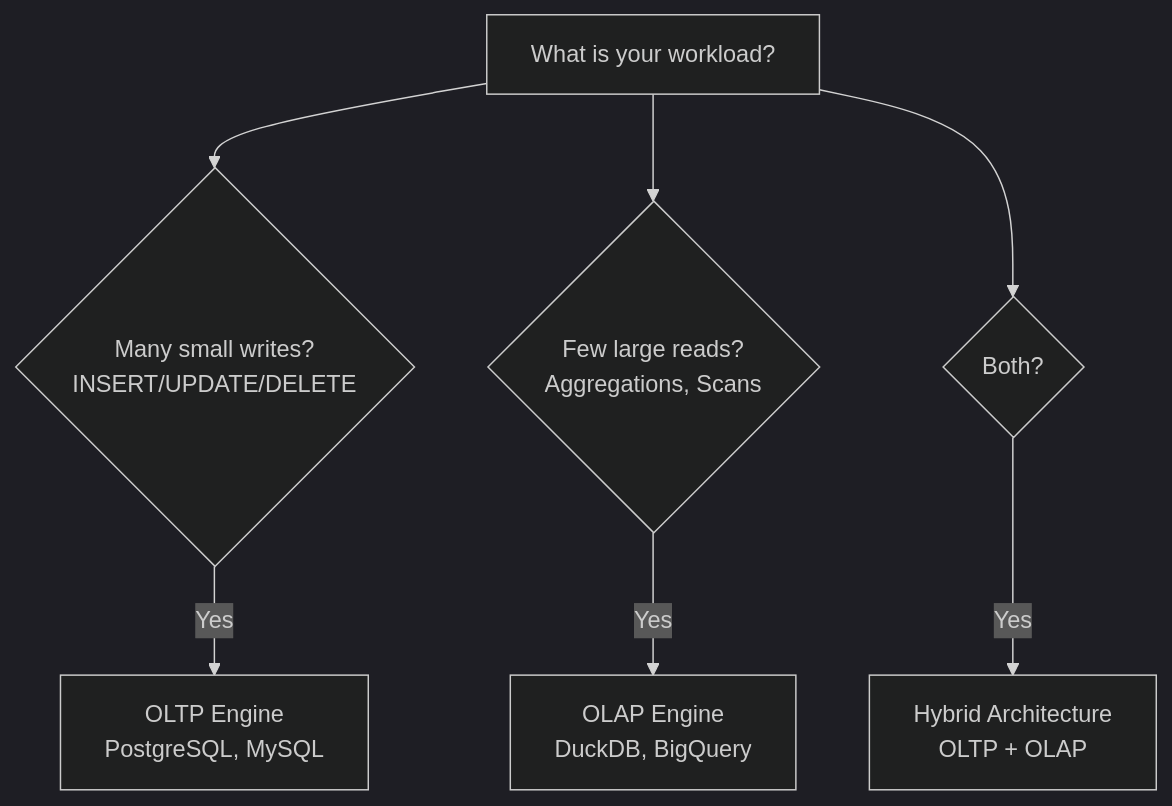
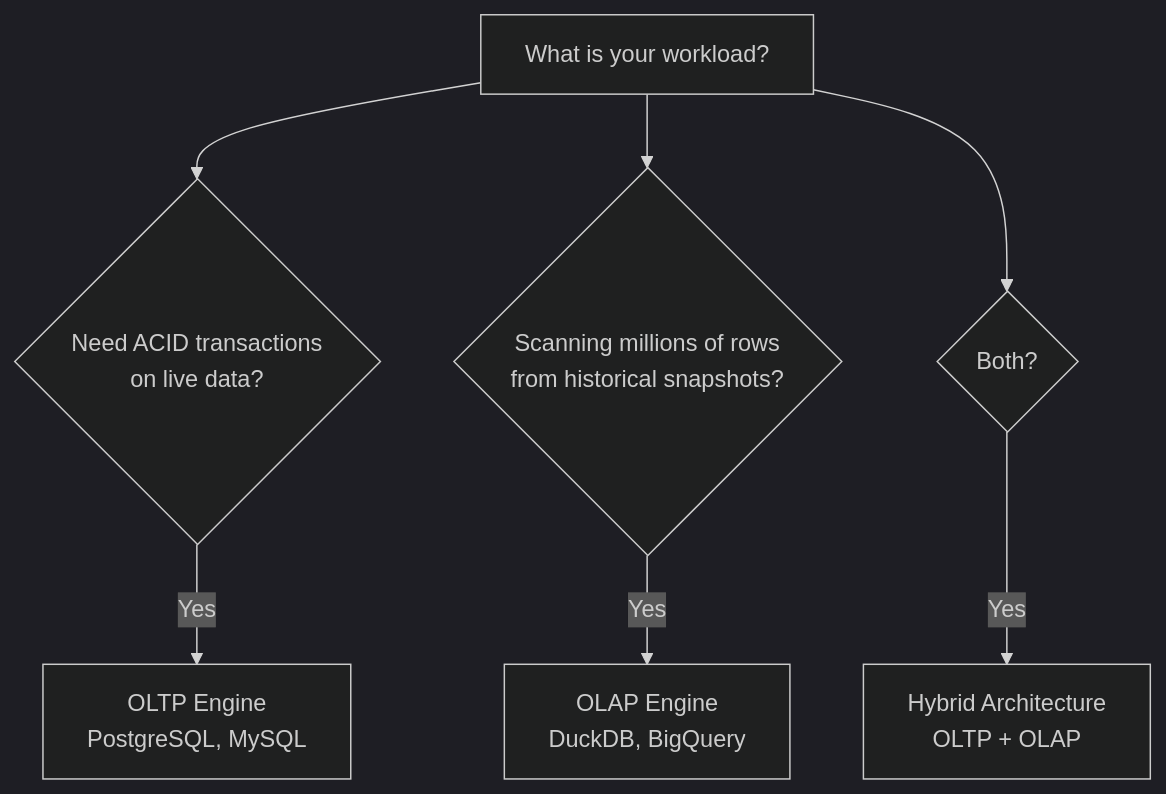
The fifth of 5 diagrams in week_05/w05_l09_concept_oltp_vs_olap.md (devomh/comp4098-2026), drawn with Mermaid (dark theme) before and after one commit. The commit also changed other lines of this file and 6 other files, not shown here.

````diff
--- a/week_05/w05_l09_concept_oltp_vs_olap.md
+++ b/week_05/w05_l09_concept_oltp_vs_olap.md
@@ -341,9 +341,9 @@
 ```mermaid
 graph TD
-    A["What is your workload?"] --> B{"Many small writes?<br/>INSERT/UPDATE/DELETE"}
-    A --> C{"Few large reads?<br/>Aggregations, Scans"}
+    A["What is your workload?"] --> B{"Need ACID transactions<br/>on live data?"}
+    A --> C{"Scanning millions of rows<br/>from historical snapshots?"}
     B -->|Yes| D["OLTP Engine<br/>PostgreSQL, MySQL"]
     C -->|Yes| E["OLAP Engine<br/>DuckDB, BigQuery"]
     A --> F{"Both?"}
     F -->|Yes| G["Hybrid Architecture<br/>OLTP + OLAP"]
 ```
````
